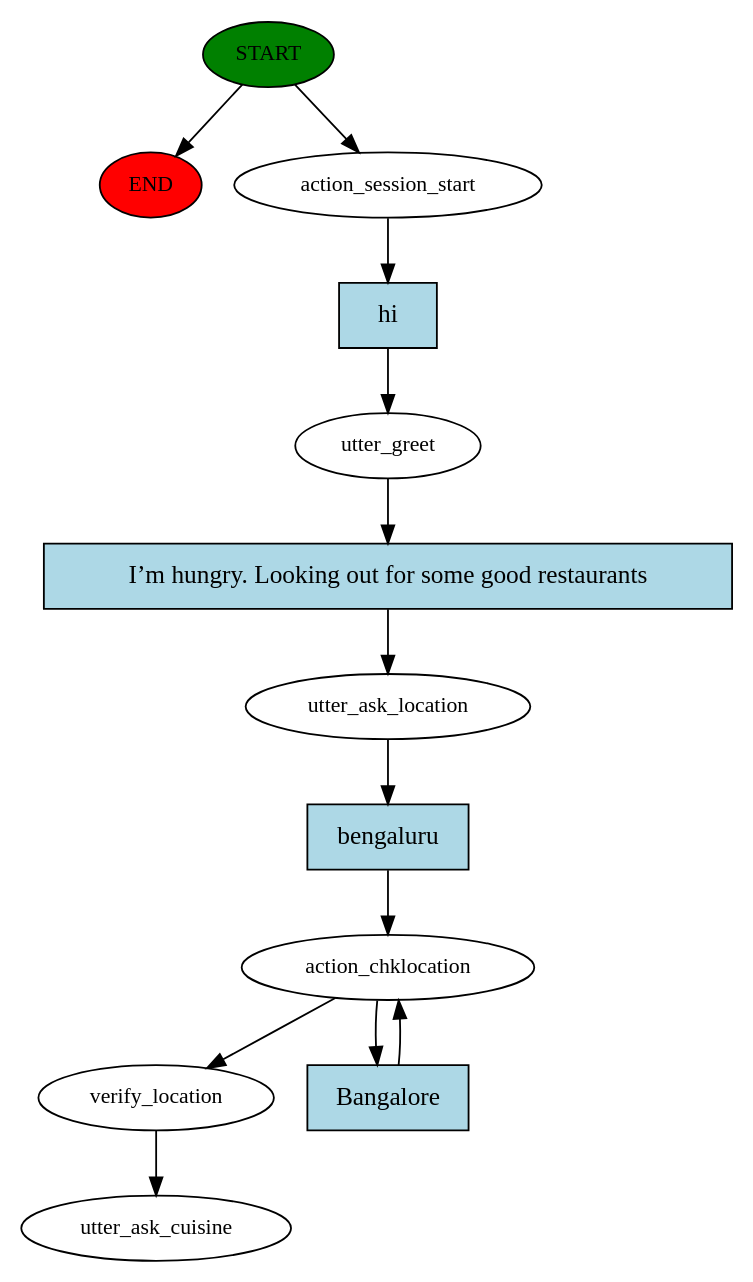
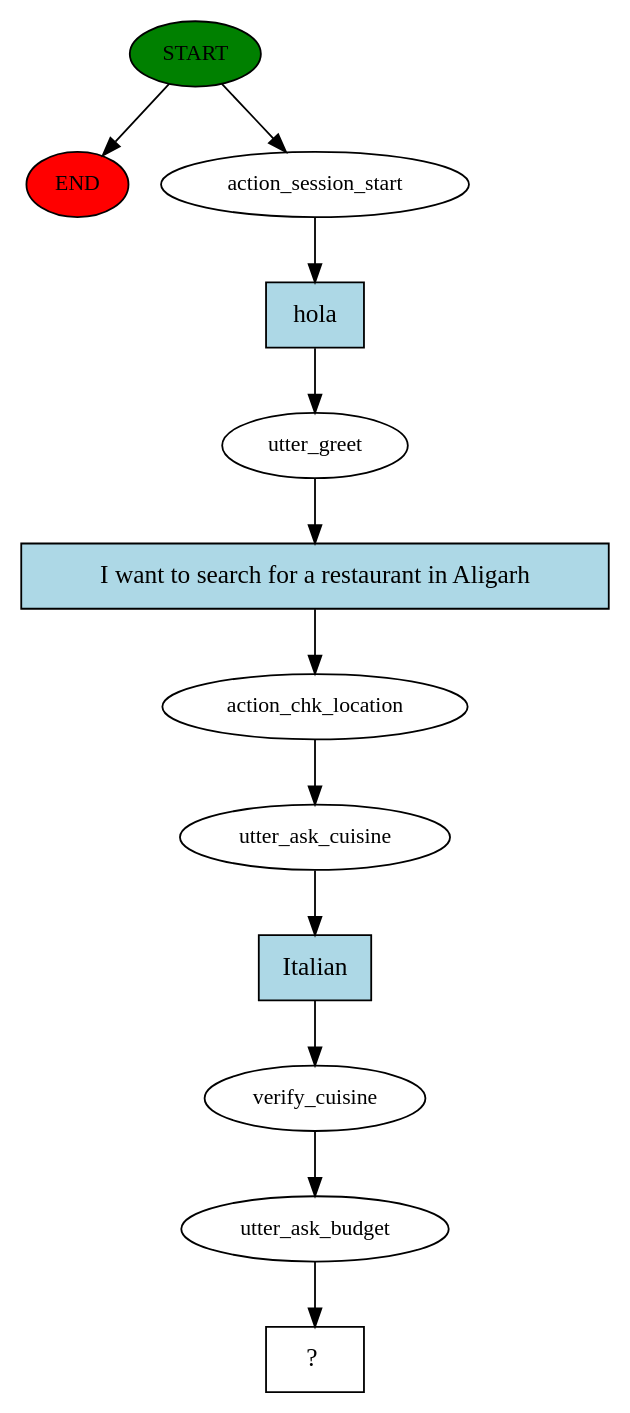
The diagram in story_graph.dot (vibhorgoyal18/RASA_Chatbot), drawn with Graphviz before and after one commit. The commit also changed 7 other files, not shown here.

```diff
--- a/story_graph.dot
+++ b/story_graph.dot
@@ -1,26 +1,25 @@
 digraph  {
 0 [class="start active", fillcolor=green, fontsize=12, label=START, style=filled];
 "-1" [class=end, fillcolor=red, fontsize=12, label=END, style=filled];
 1 [class=active, fontsize=12, label=action_session_start];
 2 [class=active, fontsize=12, label=utter_greet];
-3 [class=active, fontsize=12, label=utter_ask_location];
-4 [class=active, fontsize=12, label=action_chklocation];
-6 [class=active, fontsize=12, label=verify_location];
-7 [class="dashed active", fontsize=12, label=utter_ask_cuisine];
-8 [class="intent active", fillcolor=lightblue, label=hi, shape=rect, style=filled];
-9 [class="intent active", fillcolor=lightblue, label="I’m hungry. Looking out for some good restaurants", shape=rect, style=filled];
-10 [class="intent active", fillcolor=lightblue, label=bengaluru, shape=rect, style=filled];
-11 [class="intent active", fillcolor=lightblue, label=Bangalore, shape=rect, style=filled];
+3 [class=active, fontsize=12, label=action_chk_location];
+4 [class=active, fontsize=12, label=utter_ask_cuisine];
+5 [class=active, fontsize=12, label=verify_cuisine];
+6 [class=active, fontsize=12, label=utter_ask_budget];
+7 [class="intent dashed active", label="  ?  ", shape=rect];
+8 [class="intent active", fillcolor=lightblue, label=hola, shape=rect, style=filled];
+9 [class="intent active", fillcolor=lightblue, label="I want to search for a restaurant in Aligarh", shape=rect, style=filled];
+10 [class="intent active", fillcolor=lightblue, label=Italian, shape=rect, style=filled];
 0 -> "-1"  [class="", key=NONE, label=""];
 0 -> 1  [class=active, key=NONE, label=""];
 1 -> 8  [class=active, key=0];
 2 -> 9  [class=active, key=0];
-3 -> 10  [class=active, key=0];
-4 -> 6  [class=active, key=NONE, label=""];
-4 -> 11  [class=active, key=0];
+3 -> 4  [class=active, key=NONE, label=""];
+4 -> 10  [class=active, key=0];
+5 -> 6  [class=active, key=NONE, label=""];
 6 -> 7  [class=active, key=NONE, label=""];
 8 -> 2  [class=active, key=0];
 9 -> 3  [class=active, key=0];
-10 -> 4  [class=active, key=0];
-11 -> 4  [class=active, key=0];
+10 -> 5  [class=active, key=0];
 }
```
